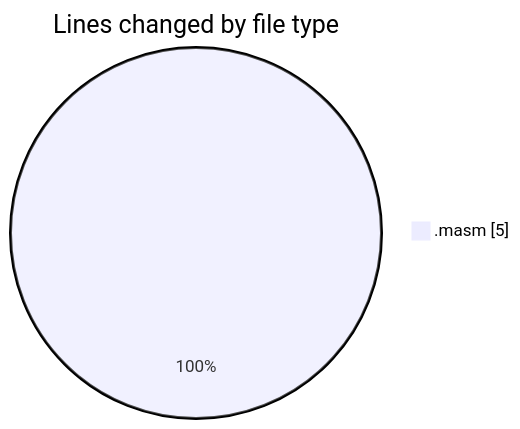
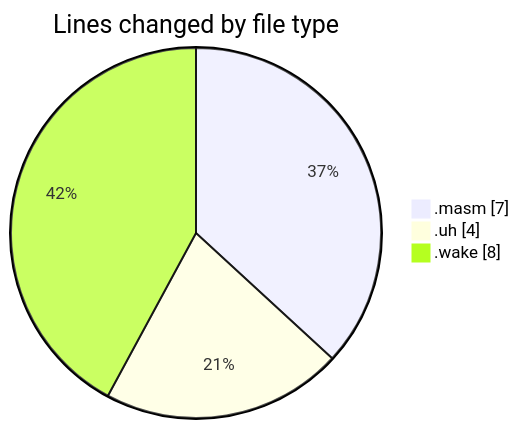
The first of 2 diagrams in 2025-04-28/micro-assembly/README.md (charlie-sans/code-tracking), drawn with Mermaid before and after one commit. The commit also changed other lines of this file and 1 other file, not shown here.

````diff
--- a/2025-04-28/micro-assembly/README.md
+++ b/2025-04-28/micro-assembly/README.md
@@ -20,5 +22,7 @@
 ```mermaid
 pie showData
 title Lines changed by file type
-".masm" : 5
+".masm" : 7
+".uh" : 4
+".wake" : 8
 ```
````
